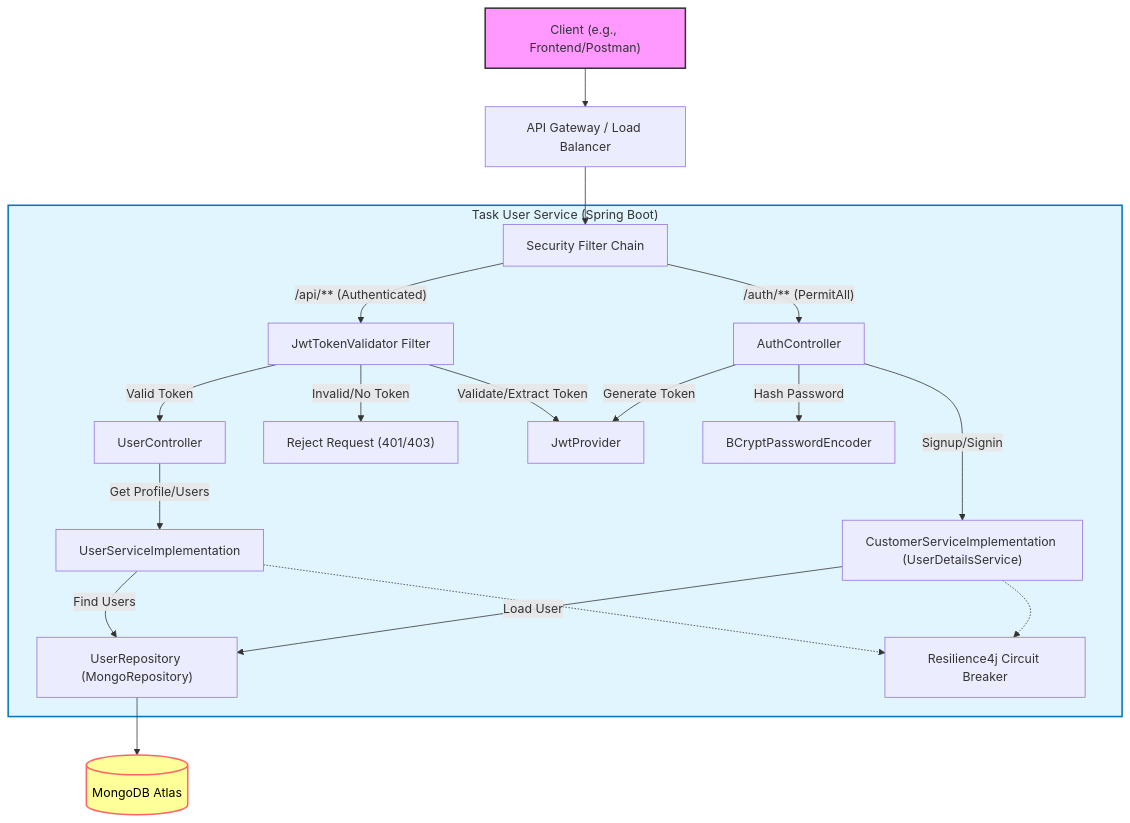
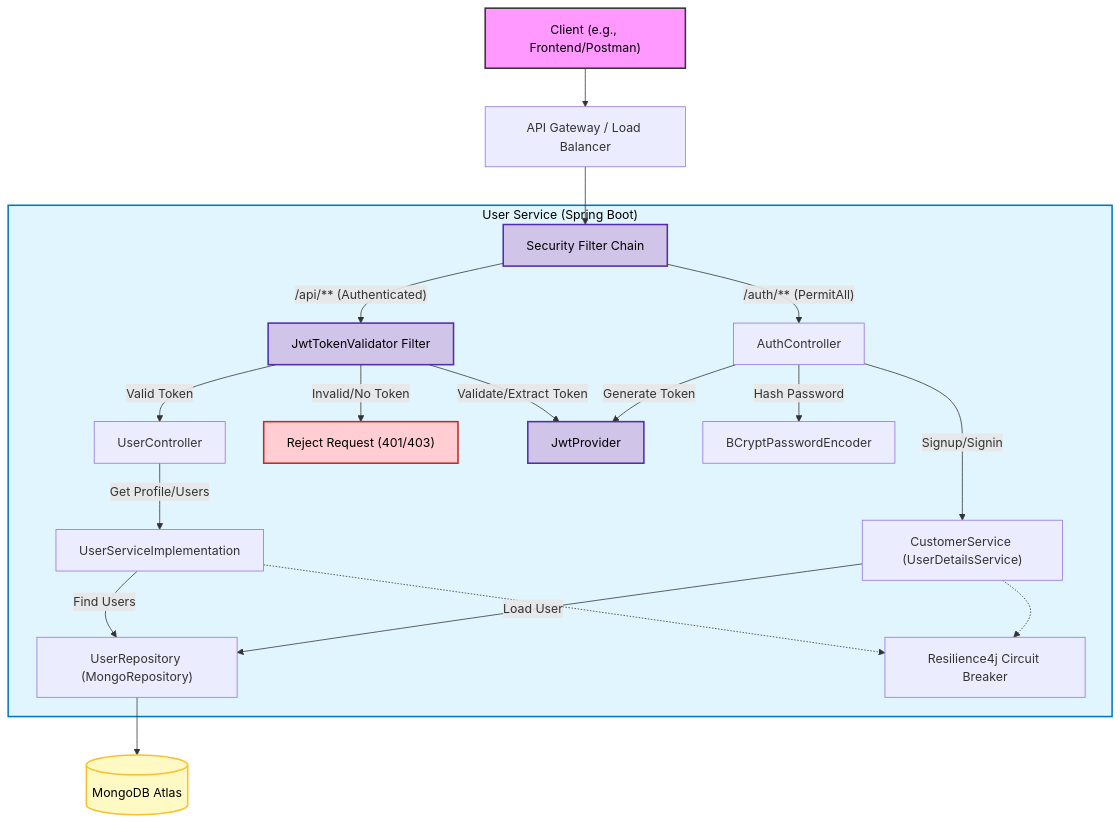
One commit to harman-04/task-management-system-orchestrator-microservices changed the fifth of 19 diagrams in README.md. Above: the diagram before and after it, drawn with Mermaid. The commit also changed 1 other file, not shown here.

Commit message:
docs: resolve Mermaid rendering errors in README

````diff
--- a/README.md
+++ b/README.md
@@ -335,33 +335,38 @@
 ```mermaid
 graph TD
-    Client["Client (e.g., Frontend/Postman)"] --> API_Gateway[API Gateway / Load Balancer]
-    API_Gateway --> Security_Filter_Chain[Security Filter Chain]
+    Client["Client (e.g., Frontend/Postman)"] --> API_Gateway["API Gateway / Load Balancer"]
+    API_Gateway --> Security_Filter_Chain["Security Filter Chain"]
 
-    subgraph ServiceContainer ["Task User Service (Spring Boot)"]
+    subgraph ServiceContainer ["User Service (Spring Boot)"]
         Security_Filter_Chain -- "/auth/** (PermitAll)" --> Auth_Controller[AuthController]
-        Security_Filter_Chain -- "/api/** (Authenticated)" --> Jwt_Token_Validator[JwtTokenValidator Filter]
+        Security_Filter_Chain -- "/api/** (Authenticated)" --> Jwt_Token_Validator["JwtTokenValidator Filter"]
 
         Jwt_Token_Validator -- "Valid Token" --> User_Controller[UserController]
         Jwt_Token_Validator -- "Invalid/No Token" --> Reject["Reject Request (401/403)"]
 
-        Auth_Controller -- "Signup/Signin" --> Customer_Service["CustomerServiceImplementation (UserDetailsService)"]
+        Auth_Controller -- "Signup/Signin" --> Customer_Service["CustomerService (UserDetailsService)"]
         User_Controller -- "Get Profile/Users" --> User_Service[UserServiceImplementation]
 
         Customer_Service -- "Load User" --> User_Repository["UserRepository (MongoRepository)"]
         User_Service -- "Find Users" --> User_Repository
 
         Auth_Controller -- "Generate Token" --> Jwt_Provider[JwtProvider]
         Jwt_Token_Validator -- "Validate/Extract Token" --> Jwt_Provider
 
         Auth_Controller -- "Hash Password" --> Password_Encoder[BCryptPasswordEncoder]
 
-        Customer_Service -.-> Circuit_Breaker[Resilience4j Circuit Breaker]
+        Customer_Service -.-> Circuit_Breaker["Resilience4j Circuit Breaker"]
         User_Service -.-> Circuit_Breaker
     end
 
     User_Repository --> MongoDB[(MongoDB Atlas)]
 
-    style Client fill:#f9f,stroke:#333,stroke-width:2px
-    style MongoDB fill:#ff9,stroke:#f66,stroke-width:2px,color:black
-    style ServiceContainer fill:#e1f5fe,stroke:#0277bd,stroke-width:2px
+    %% UNIVERSAL THEME STYLING
+    style Client fill:#f9f,stroke:#333,stroke-width:2px,color:#000
+    style MongoDB fill:#fff9c4,stroke:#fbc02d,stroke-width:2px,color:#000
+    style ServiceContainer fill:#e1f5fe,stroke:#0277bd,stroke-width:2px,color:#000
+    style Security_Filter_Chain fill:#d1c4e9,stroke:#512da8,stroke-width:2px,color:#000
+    style Jwt_Token_Validator fill:#d1c4e9,stroke:#512da8,stroke-width:2px,color:#000
+    style Jwt_Provider fill:#d1c4e9,stroke:#512da8,stroke-width:2px,color:#000
+    style Reject fill:#ffcdd2,stroke:#c62828,stroke-width:2px,color:#000
 ```
````
